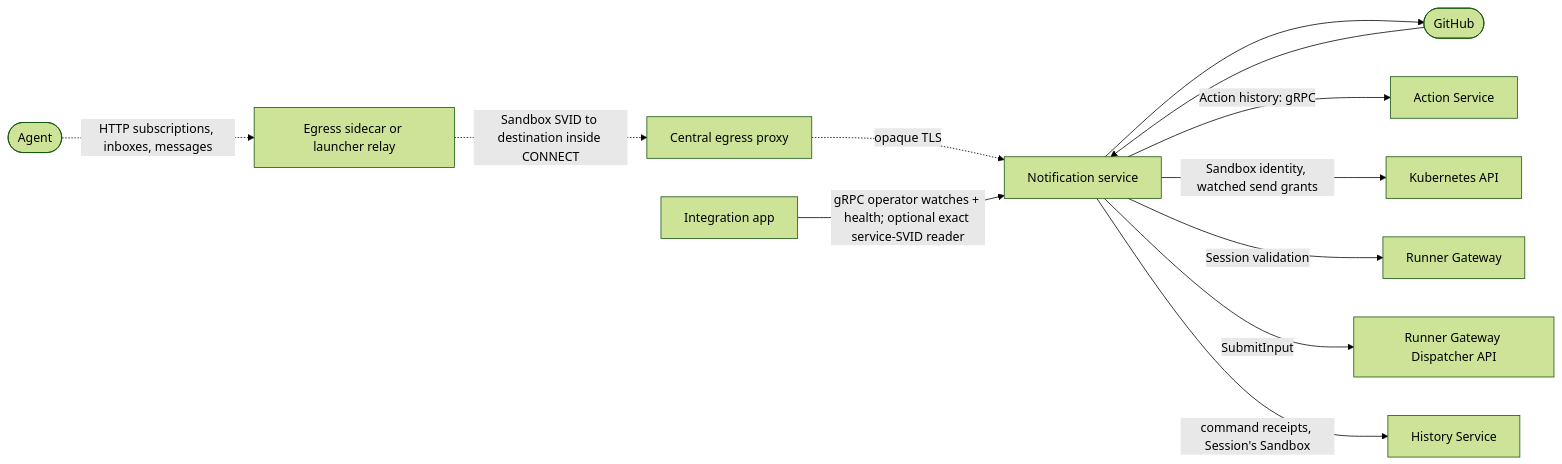
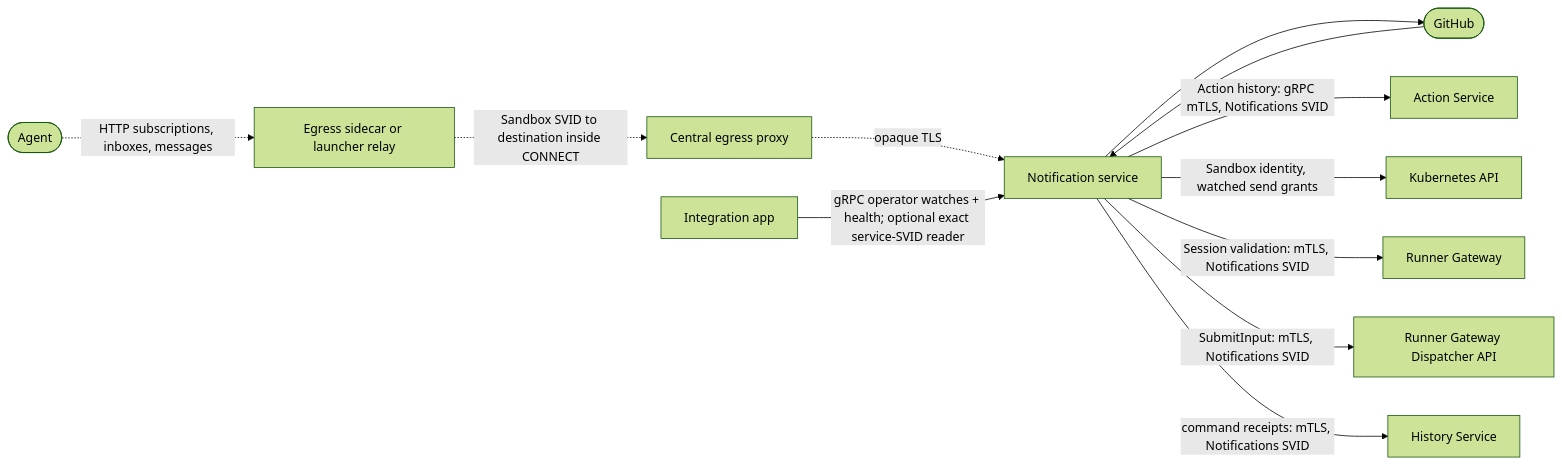
Before and after one commit to agentydragon/ducktape: diagram 11 of 18 in agentplane/docs/system_overview.md, drawn with Mermaid (forest theme). The commit also changed other lines of this file and 5 other files, not shown here.

````diff
--- a/agentplane/docs/system_overview.md
+++ b/agentplane/docs/system_overview.md
@@ -597,26 +597,26 @@
 ```mermaid
 flowchart LR
     agent([Agent])
     app[Integration app]
     github([GitHub])
     notifications[Notification service]
     actions[Action Service]
     k8s[Kubernetes API]
     gateway[Runner Gateway]
     dispatcher[Runner Gateway Dispatcher API]
     history[History Service]
 
     sidecar[Egress sidecar or launcher relay]
     proxy[Central egress proxy]
     agent -.->|HTTP subscriptions, inboxes, messages| sidecar
     sidecar -.->|Sandbox SVID to destination inside CONNECT| proxy
     proxy -.->|opaque TLS| notifications
     app -->|gRPC operator watches + health; optional exact service-SVID reader| notifications
     github --> notifications
     notifications --> github
-    notifications -->|Action history: gRPC| actions
+    notifications -->|Action history: gRPC mTLS, Notifications SVID| actions
     notifications -->|Sandbox identity, watched send grants| k8s
-    notifications -->|Session validation| gateway
-    notifications -->|SubmitInput| dispatcher
-    notifications -->|command receipts, Session's Sandbox| history
+    notifications -->|Session validation: mTLS, Notifications SVID| gateway
+    notifications -->|SubmitInput: mTLS, Notifications SVID| dispatcher
+    notifications -->|command receipts: mTLS, Notifications SVID| history
 ```
````
